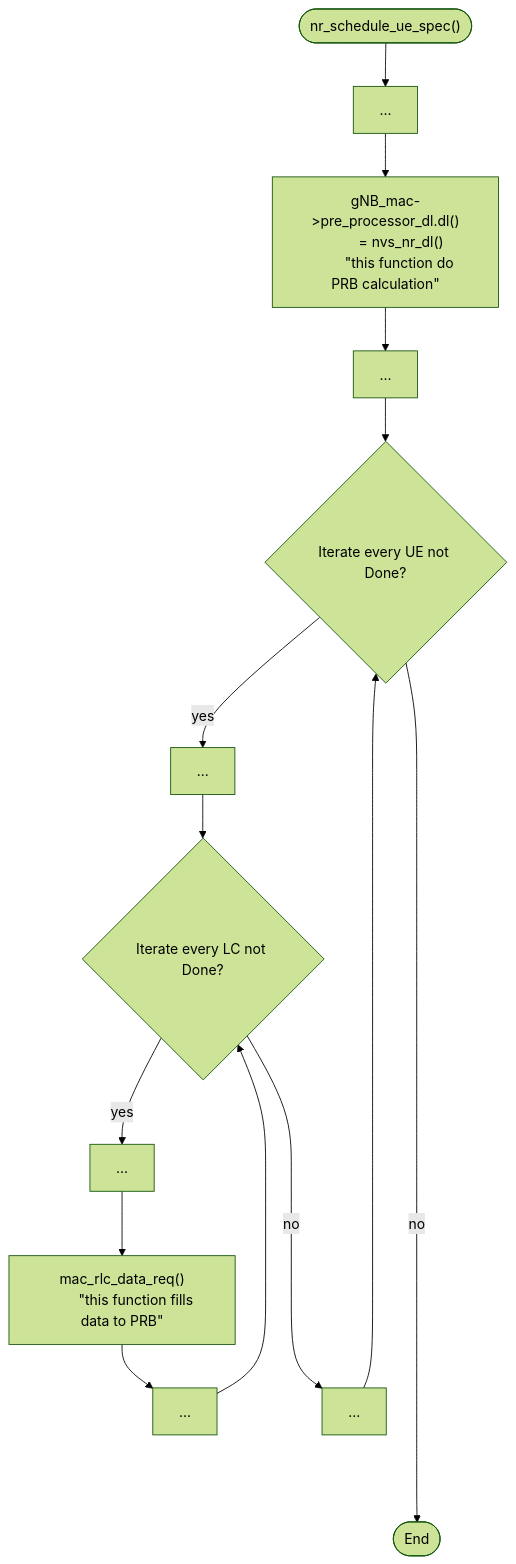
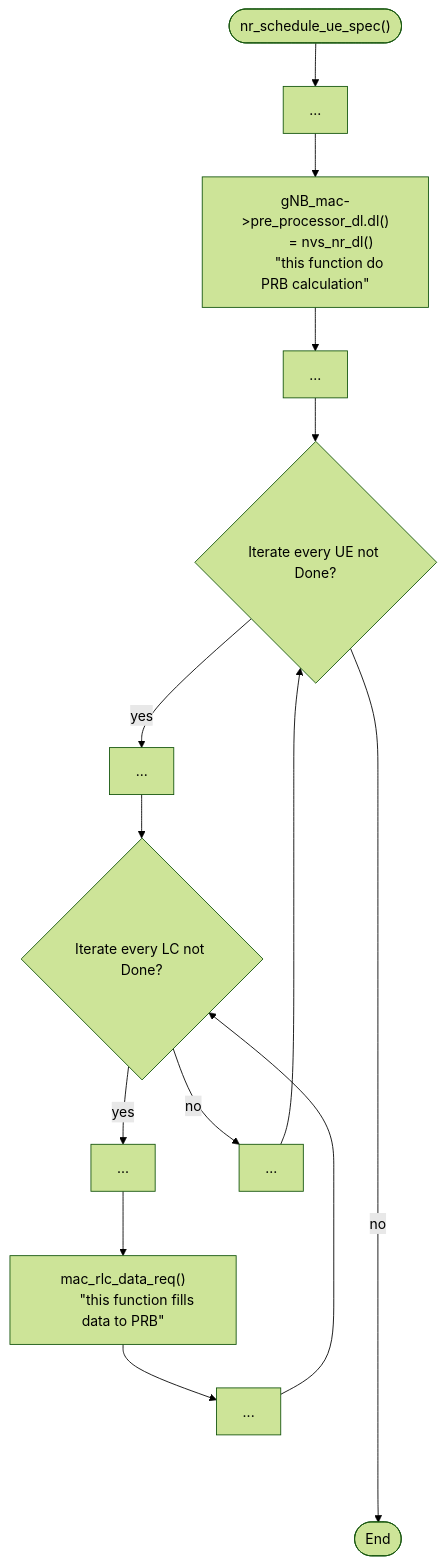
The fifth of 7 diagrams in studyNotes/20241108 Study Note (NEU ORANSlice MAC SCH details).md (bmw-ece-ntust/guideline-template), drawn with Mermaid (forest theme) before and after one commit.

Commit message:
update note

````diff
--- a/studyNotes/20241108 Study Note (NEU ORANSlice MAC SCH details).md
+++ b/studyNotes/20241108 Study Note (NEU ORANSlice MAC SCH details).md
@@ -220,27 +220,27 @@
 ```mermaid
 flowchart TD
 	A(["nr_schedule_ue_spec()"])
 	Z([End])
 	B[...]
 	C["gNB_mac->pre_processor_dl.dl()
 	= nvs_nr_dl()
 	#quot;this function do PRB calculation#quot;"]
 	D[...]
 	E{"Iterate every UE not Done?"}
 	F[...]
 	G{"Iterate every LC not Done?"}
 	H[...]
 	I["mac_rlc_data_req()
 	#quot;this function fills data to PRB#quot;"]
 	J[...]
 	K[...]
 
 	A-->B-->C-->D-->E
 	E --> |yes| F
 	E --------> |no| Z
 	F --> G
 	G --> |yes| H
-	G ----> |no| K
+	G --> |no| K
 	H-->I-->J-->G
 	K-->E
 ```
````
